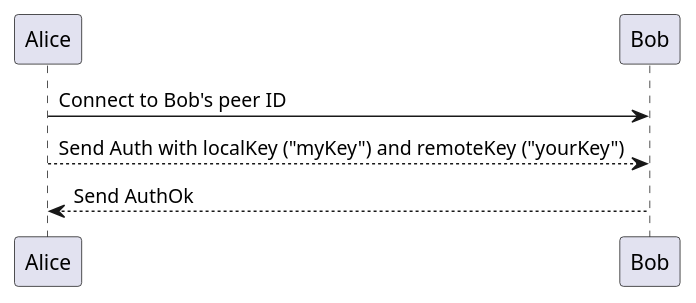
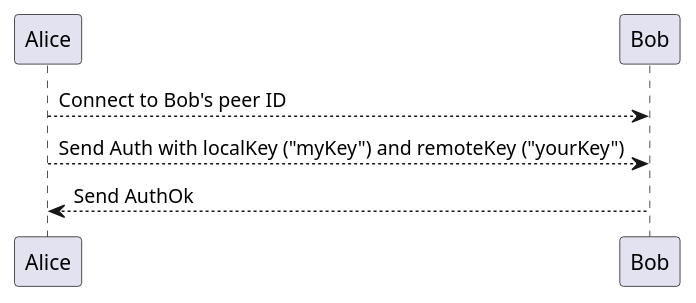
The diagram in paperwork/README.md (ahmadassaf/Paperwork), drawn with PlantUML before and after one commit.

Commit message:
README.md

````diff
--- a/paperwork/README.md
+++ b/paperwork/README.md
@@ -10,7 +10,7 @@
 ```plantuml
 @startuml
-Alice -> Bob: Connect to Bob's peer ID
+Alice --> Bob: Connect to Bob's peer ID
 Alice --> Bob: Send Auth with localKey ("myKey") and remoteKey ("yourKey")
 Bob --> Alice: Send AuthOk
 @enduml
 ```
````
